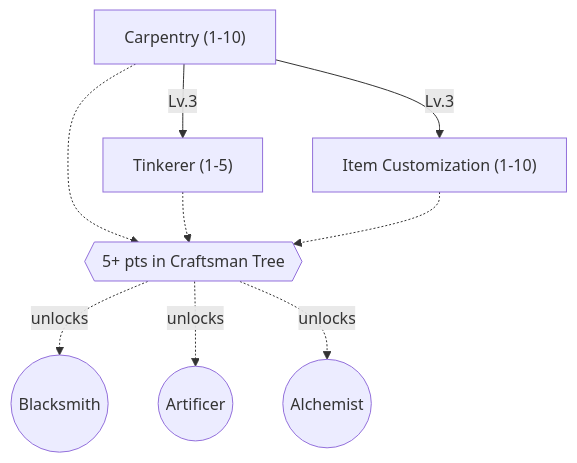
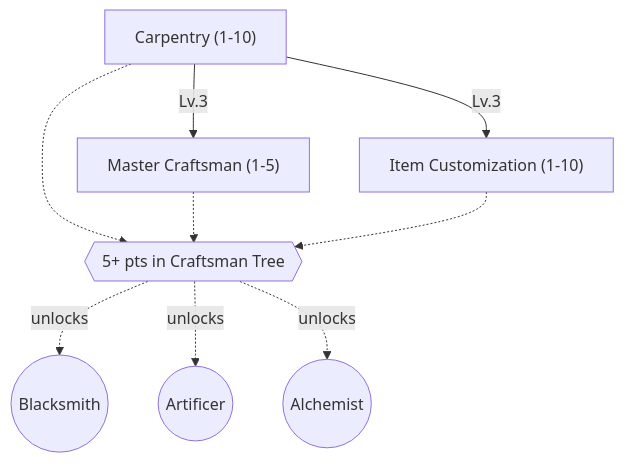
The second of 16 diagrams in content/docs/mechanics/master.md (tfelix/bestia-docs), drawn with Mermaid before and after one commit. The commit also changed other lines of this file and 2 other files, not shown here.

Commit message:
Added craftsman skills

````diff
--- a/content/docs/mechanics/master.md
+++ b/content/docs/mechanics/master.md
@@ -136,19 +136,19 @@
 ```mermaid
 graph TD
     Carpentry["Carpentry (1-10)"]
-    Tinkerer["Tinkerer (1-5)"]
+    MasterCraftsman["Master Craftsman (1-5)"]
     ItemCustomization["Item Customization (1-10)"]
     Gate{{"5+ pts in Craftsman Tree"}}
     Blacksmith(("Blacksmith"))
     Artificer(("Artificer"))
     Alchemist(("Alchemist"))
 
-    Carpentry -->|Lv.3| Tinkerer
+    Carpentry -->|Lv.3| MasterCraftsman
     Carpentry -->|Lv.3| ItemCustomization
     Carpentry -.-> Gate
-    Tinkerer -.-> Gate
+    MasterCraftsman -.-> Gate
     ItemCustomization -.-> Gate
     Gate -.->|unlocks| Blacksmith
     Gate -.->|unlocks| Artificer
     Gate -.->|unlocks| Alchemist
 ```
````
